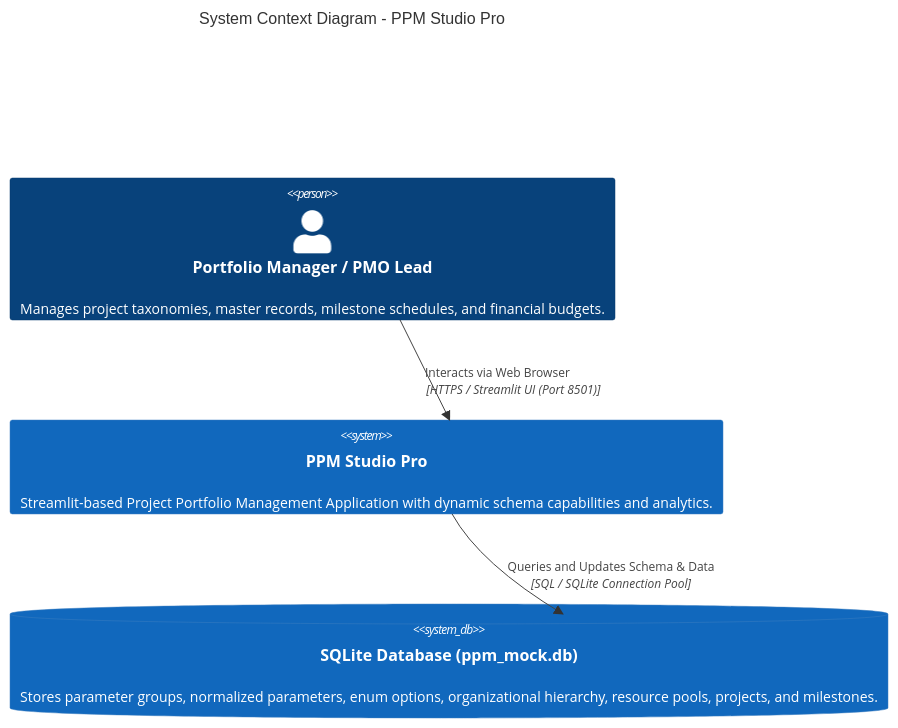
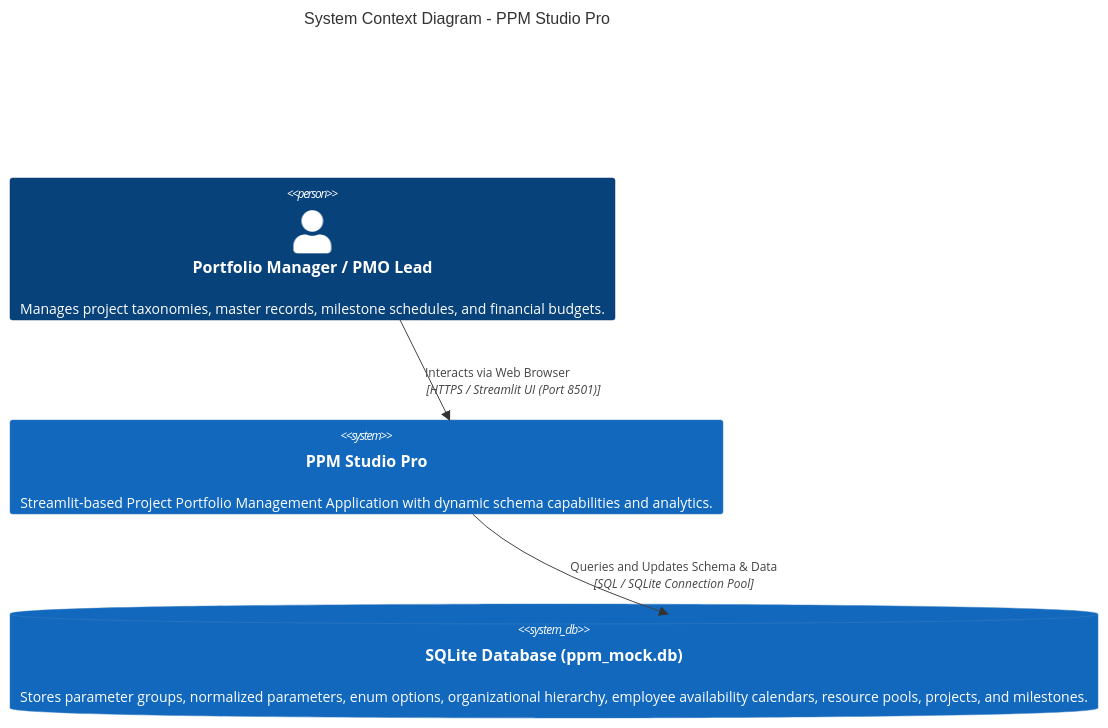
The first of 2 diagrams in README.md (cboguet83/eppm_demo), drawn with Mermaid before and after one commit. The commit also changed other lines of this file and 19 other files, not shown here.

````diff
--- a/README.md
+++ b/README.md
@@ -10,11 +10,11 @@
 ```mermaid
 C4Context
     title System Context Diagram - PPM Studio Pro
 
     Person(user, "Portfolio Manager / PMO Lead", "Manages project taxonomies, master records, milestone schedules, and financial budgets.")
     System(ppm_app, "PPM Studio Pro", "Streamlit-based Project Portfolio Management Application with dynamic schema capabilities and analytics.")
-    SystemDb(sqlite_db, "SQLite Database (ppm_mock.db)", "Stores parameter groups, normalized parameters, enum options, organizational hierarchy, resource pools, projects, and milestones.")
+    SystemDb(sqlite_db, "SQLite Database (ppm_mock.db)", "Stores parameter groups, normalized parameters, enum options, organizational hierarchy, employee availability calendars, resource pools, projects, and milestones.")
 
     Rel(user, ppm_app, "Interacts via Web Browser", "HTTPS / Streamlit UI (Port 8501)")
     Rel(ppm_app, sqlite_db, "Queries and Updates Schema & Data", "SQL / SQLite Connection Pool")
 ```
````
